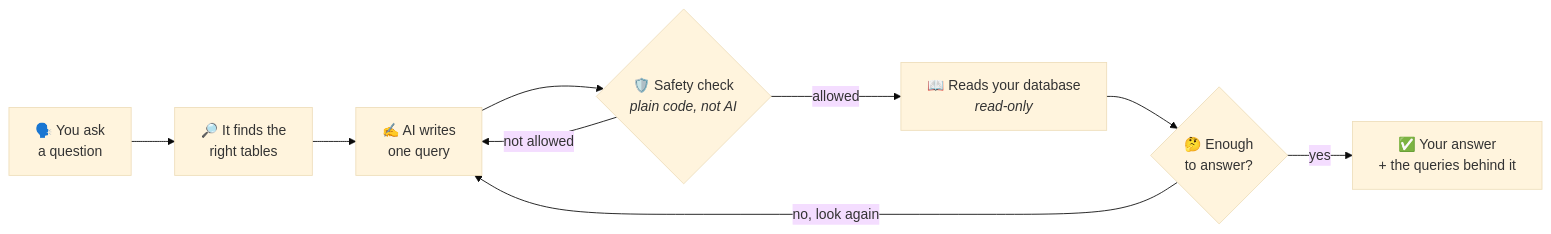
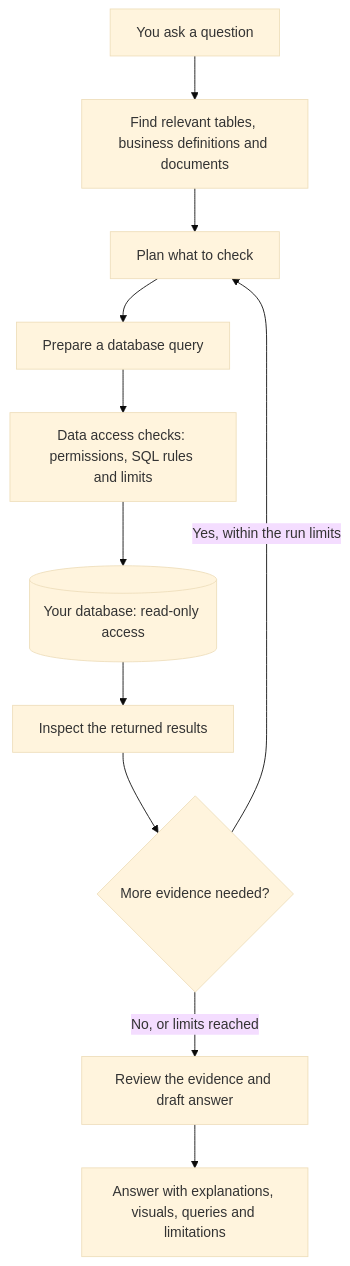
The diagram in README.md (50ur48h/DataMind), drawn with Mermaid (base theme) before and after one commit. The commit also changed other lines of this file and 3 other files, not shown here.

````diff
--- a/README.md
+++ b/README.md
@@ -111,11 +60,13 @@
 ```mermaid
-flowchart LR
-    Q["🗣️ You ask<br/>a question"] --> F["🔎 It finds the<br/>right tables"]
-    F --> W["✍️ AI writes<br/>one query"]
-    W --> C{"🛡️ Safety check<br/><i>plain code, not AI</i>"}
-    C -- "not allowed" --> W
-    C -- "allowed" --> R["📖 Reads your database<br/><i>read-only</i>"]
-    R --> E{"🤔 Enough<br/>to answer?"}
-    E -- "no, look again" --> W
-    E -- "yes" --> A["✅ Your answer<br/>+ the queries behind it"]
+flowchart TD
+    Q["You ask a question"] --> C["Find relevant tables, business definitions and documents"]
+    C --> P["Plan what to check"]
+    P --> S["Prepare a database query"]
+    S --> G["Data access checks: permissions, SQL rules and limits"]
+    G --> D[("Your database: read-only access")]
+    D --> R["Inspect the returned results"]
+    R --> E{"More evidence needed?"}
+    E -- "Yes, within the run limits" --> P
+    E -- "No, or limits reached" --> V["Review the evidence and draft answer"]
+    V --> A["Answer with explanations, visuals, queries and limitations"]
 ```
````
